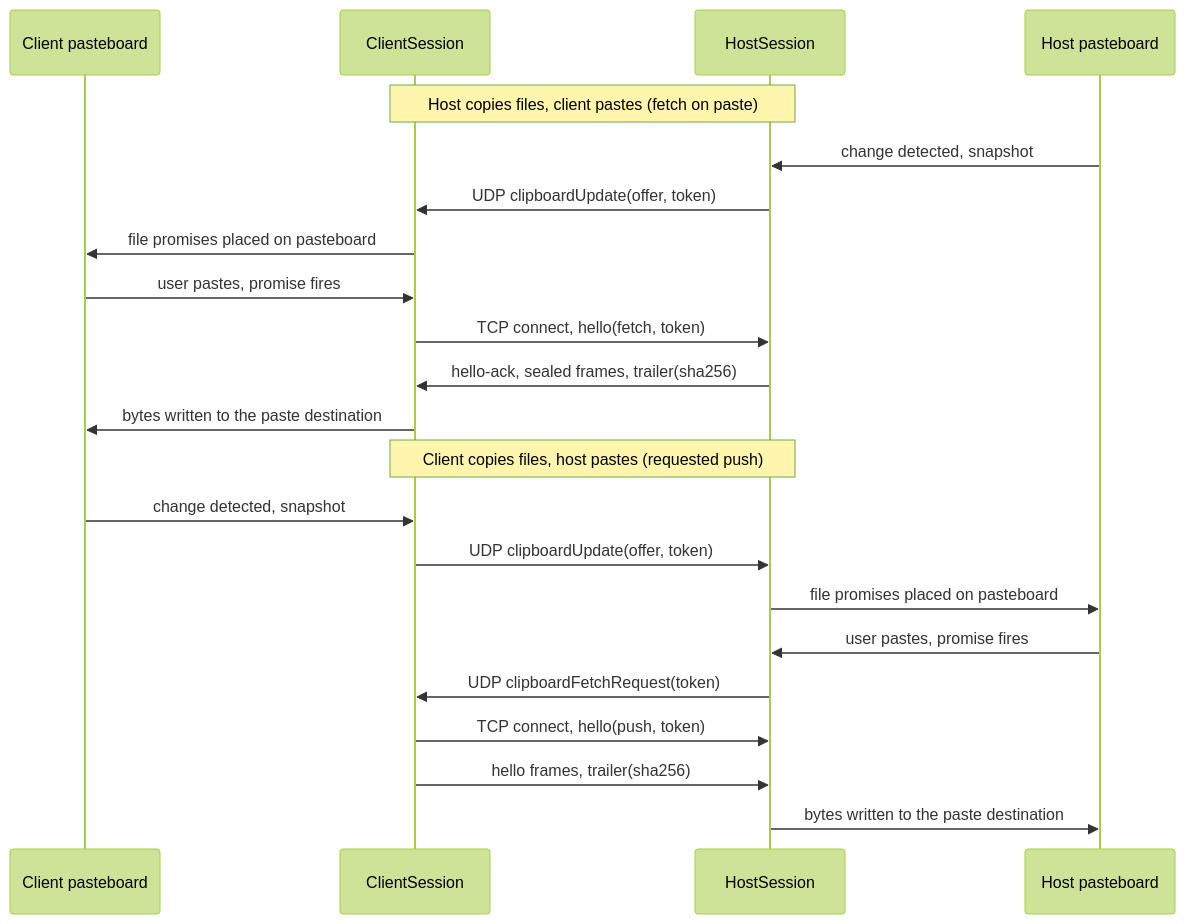
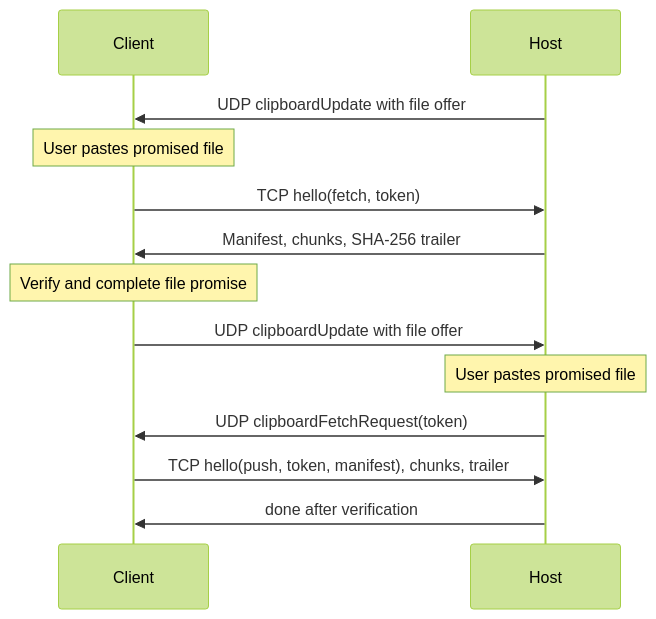
The diagram in docs/CLIPBOARD_SYNC.md (goldberg-consulting/measured.one.tidaldrift), drawn with Mermaid (forest theme) before and after one commit. The commit also changed other lines of this file and 46 other files, not shown here.

````diff
--- a/docs/CLIPBOARD_SYNC.md
+++ b/docs/CLIPBOARD_SYNC.md
@@ -34,26 +39,15 @@
 ```mermaid
 sequenceDiagram
-    participant CP as Client pasteboard
-    participant C as ClientSession
-    participant H as HostSession
-    participant HP as Host pasteboard
-
-    Note over C,H: Host copies files, client pastes (fetch on paste)
-    HP->>H: change detected, snapshot
-    H->>C: UDP clipboardUpdate(offer, token)
-    C->>CP: file promises placed on pasteboard
-    CP->>C: user pastes, promise fires
-    C->>H: TCP connect, hello(fetch, token)
-    H->>C: hello-ack, sealed frames, trailer(sha256)
-    C->>CP: bytes written to the paste destination
-
-    Note over C,H: Client copies files, host pastes (requested push)
-    CP->>C: change detected, snapshot
-    C->>H: UDP clipboardUpdate(offer, token)
-    H->>HP: file promises placed on pasteboard
-    HP->>H: user pastes, promise fires
+    participant C as Client
+    participant H as Host
+    H->>C: UDP clipboardUpdate with file offer
+    Note over C: User pastes promised file
+    C->>H: TCP hello(fetch, token)
+    H->>C: Manifest, chunks, SHA-256 trailer
+    Note over C: Verify and complete file promise
+    C->>H: UDP clipboardUpdate with file offer
+    Note over H: User pastes promised file
     H->>C: UDP clipboardFetchRequest(token)
-    C->>H: TCP connect, hello(push, token)
-    C->>H: hello frames, trailer(sha256)
-    H->>HP: bytes written to the paste destination
+    C->>H: TCP hello(push, token, manifest), chunks, trailer
+    H->>C: done after verification
 ```
````
